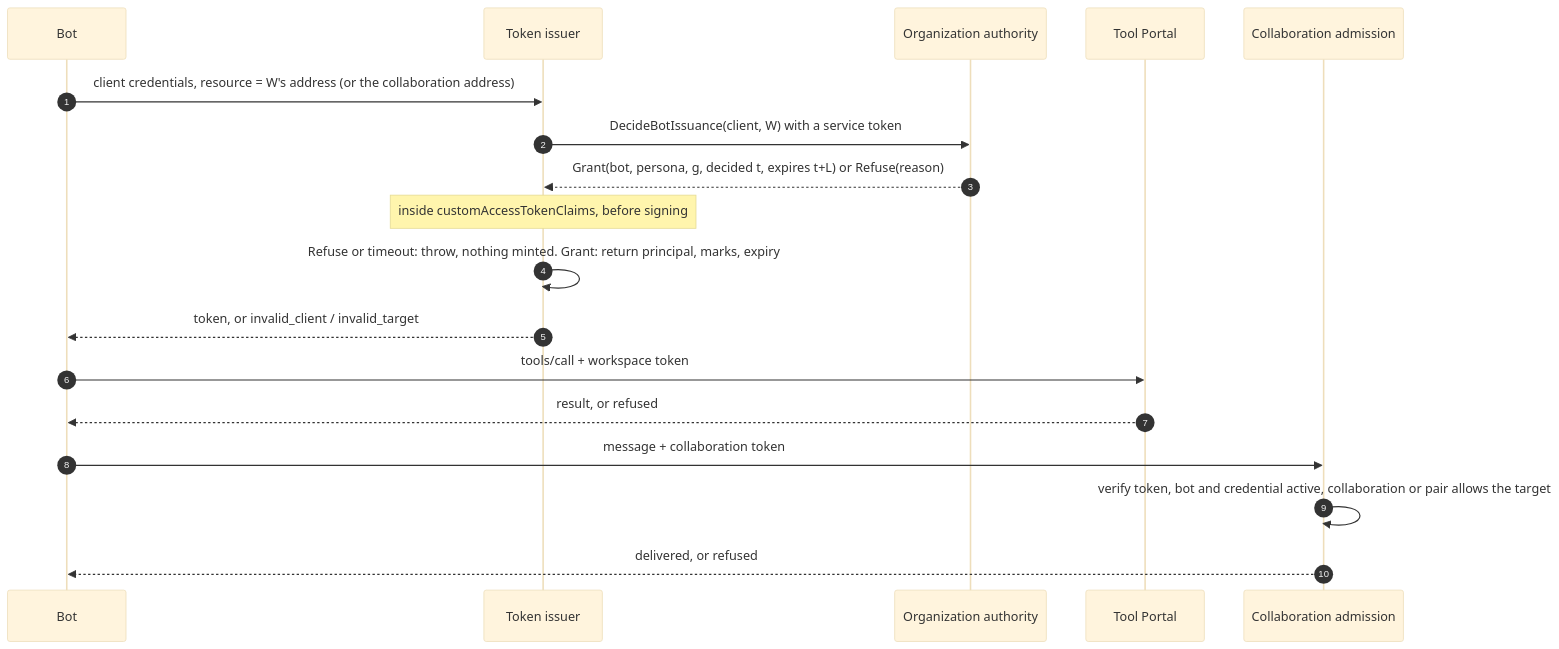
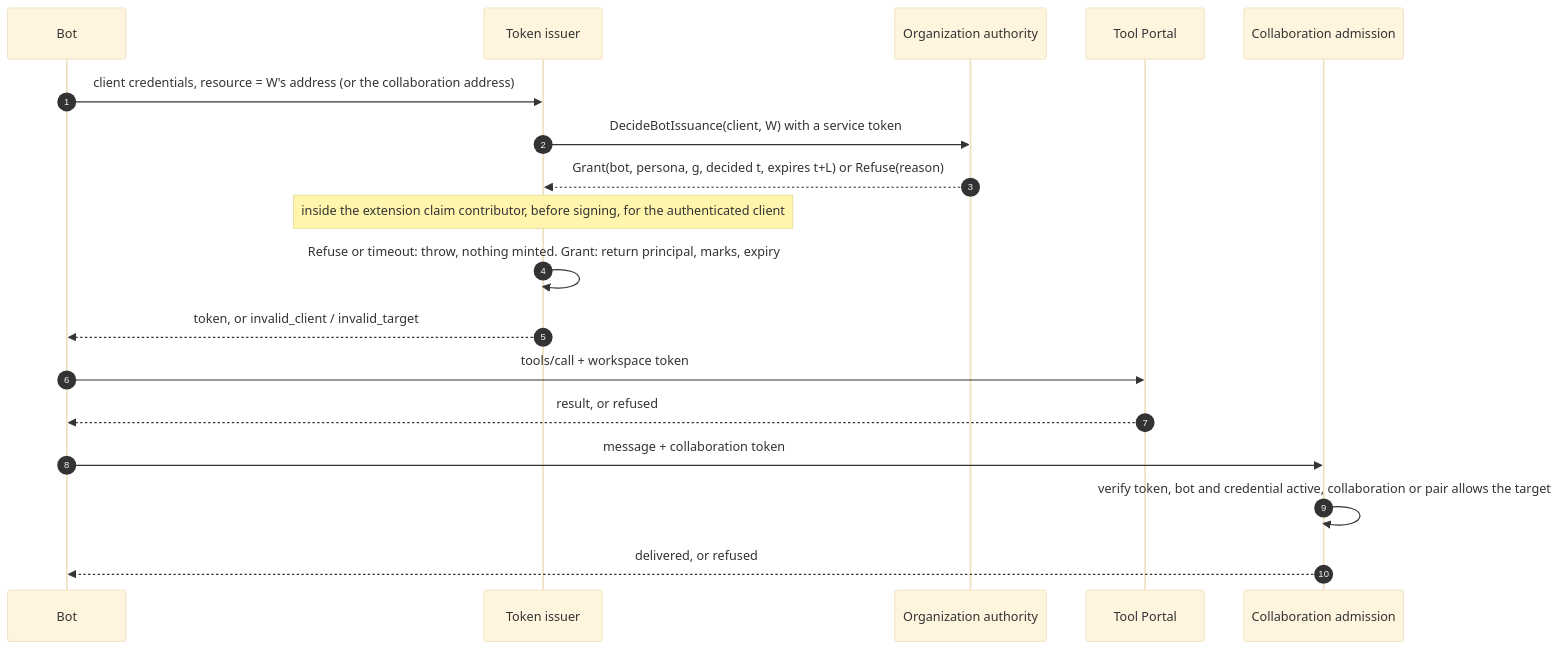
The fourth of 7 diagrams in docs/specs/2026-10-24-agent-identity/program-design.md (ShravanSunder/agent-vm), drawn with Mermaid (base theme) before and after one commit. The commit also changed other lines of this file and 2 other files, not shown here.

First line of the commit message:
Agent identity design: bind the bot decision to the authenticated client

````diff
--- a/docs/specs/2026-10-24-agent-identity/program-design.md
+++ b/docs/specs/2026-10-24-agent-identity/program-design.md
@@ -443,20 +444,20 @@
 ```mermaid
 sequenceDiagram
   autonumber
   participant BOT as Bot
   participant B as Token issuer
   participant OA as Organization authority
   participant P as Tool Portal
   participant CA as Collaboration admission
   BOT->>B: client credentials, resource = W's address (or the collaboration address)
   B->>OA: DecideBotIssuance(client, W) with a service token
   OA-->>B: Grant(bot, persona, g, decided t, expires t+L) or Refuse(reason)
-  Note over B: inside customAccessTokenClaims, before signing
+  Note over B: inside the extension claim contributor, before signing, for the authenticated client
   B->>B: Refuse or timeout: throw, nothing minted. Grant: return principal, marks, expiry
   B-->>BOT: token, or invalid_client / invalid_target
   BOT->>P: tools/call + workspace token
   P-->>BOT: result, or refused
   BOT->>CA: message + collaboration token
   CA->>CA: verify token, bot and credential active, collaboration or pair allows the target
   CA-->>BOT: delivered, or refused
 ```
````
